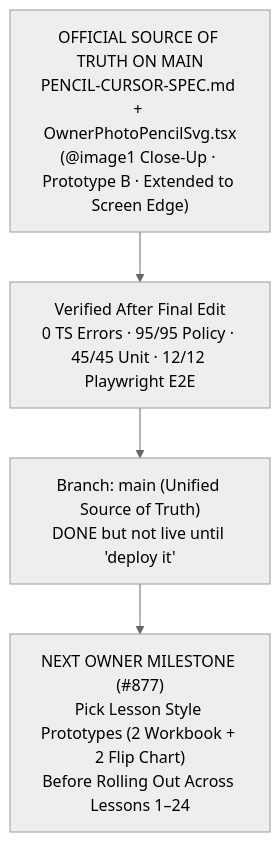
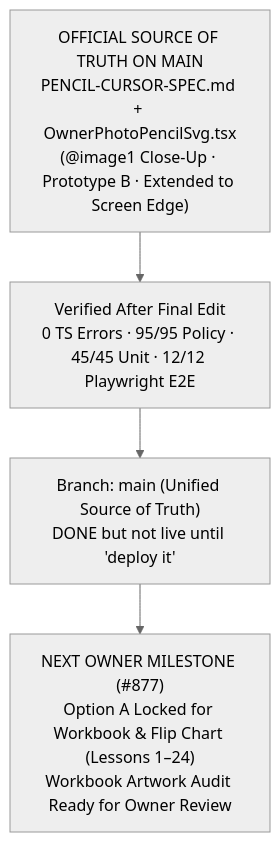
The diagram in docs/OWNER-VISUAL-STATUS.md (ejnburrows-rgb/cartilla-de-gretel), drawn with Mermaid (neutral theme) before and after one commit. The commit also changed 7 other files, not shown here.

Commit message:
feat(review): lock Option A defaults and add 90-page circled workbook artwork audit

````diff
--- a/docs/OWNER-VISUAL-STATUS.md
+++ b/docs/OWNER-VISUAL-STATUS.md
@@ -16,9 +16,9 @@
 ```mermaid
 flowchart TD
     SPEC["OFFICIAL SOURCE OF TRUTH ON MAIN<br/>PENCIL-CURSOR-SPEC.md + OwnerPhotoPencilSvg.tsx<br/>(@image1 Close-Up · Prototype B · Extended to Screen Edge)"]
     TEST["Verified After Final Edit<br/>0 TS Errors · 95/95 Policy · 45/45 Unit · 12/12 Playwright E2E"]
     MAIN["Branch: main (Unified Source of Truth)<br/>DONE but not live until 'deploy it'"]
-    NEXT["NEXT OWNER MILESTONE (#877)<br/>Pick Lesson Style Prototypes (2 Workbook + 2 Flip Chart)<br/>Before Rolling Out Across Lessons 1–24"]
+    NEXT["NEXT OWNER MILESTONE (#877)<br/>Option A Locked for Workbook & Flip Chart (Lessons 1–24)<br/>Workbook Artwork Audit Ready for Owner Review"]
 
     SPEC --> TEST --> MAIN --> NEXT
 ```
````
